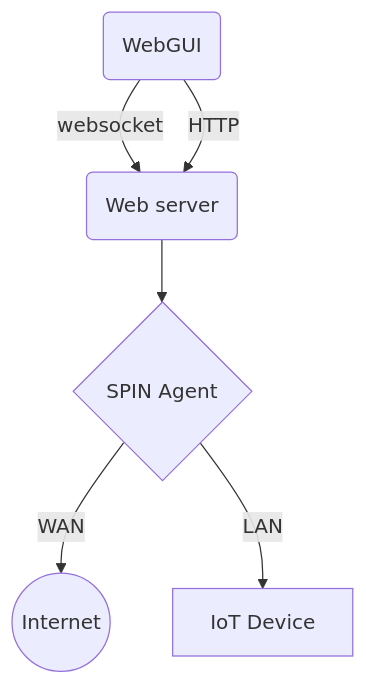
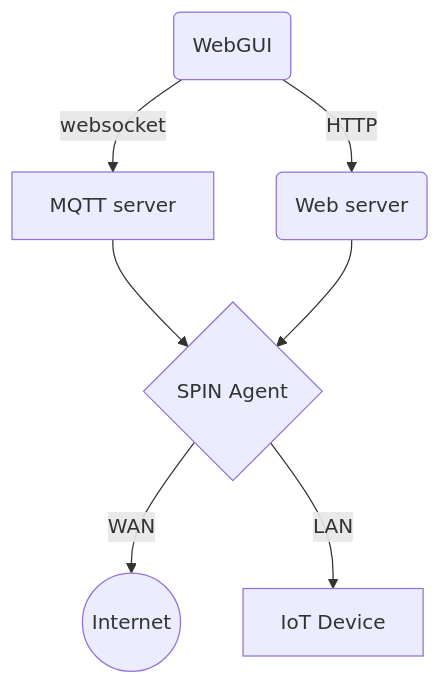
Before and after one commit to SIDN/spinsite: the diagram in www-spin/content/operation/_index.md, drawn with Mermaid. The commit also changed 6 other files, not shown here.

```diff
--- a/www-spin/content/operation/_index.md
+++ b/www-spin/content/operation/_index.md
@@ -15,8 +15,9 @@
 {{<mermaid>}}
 graph TB;
     A(WebGUI) -->|websocket| B[MQTT server]
-    A(WebGUI) -->|HTTP| B(Web server)
-    B --> C{SPIN Agent}
-    C -->|WAN| D((Internet))
-    C -->|LAN| E[IoT Device]
+    A(WebGUI) -->|HTTP| C(Web server)
+    B --> D{SPIN Agent}
+    C --> D{SPIN Agent}
+    D -->|WAN| E((Internet))
+    D -->|LAN| F[IoT Device]
 {{< /mermaid >}}
```
